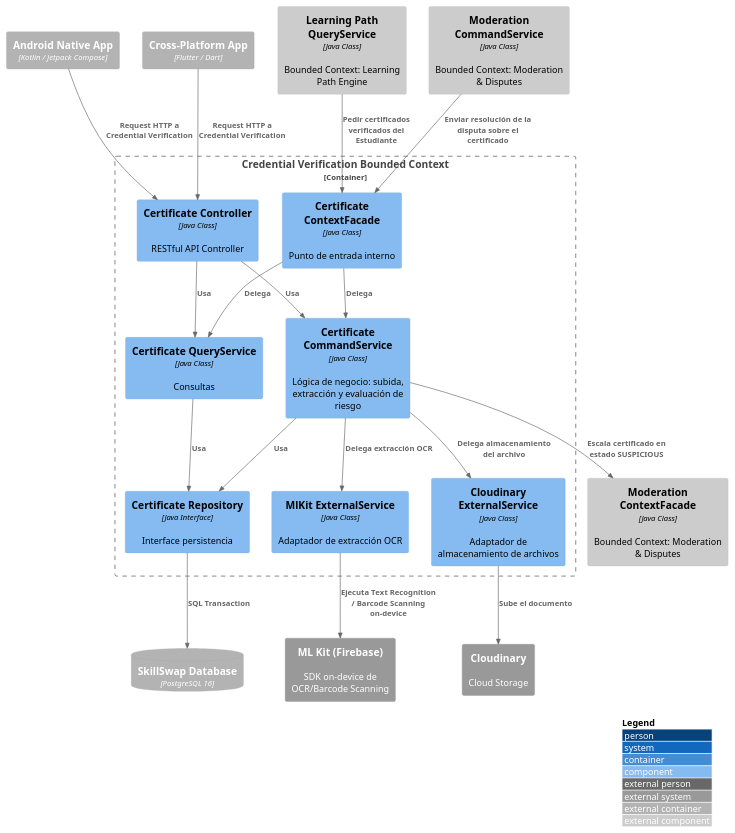
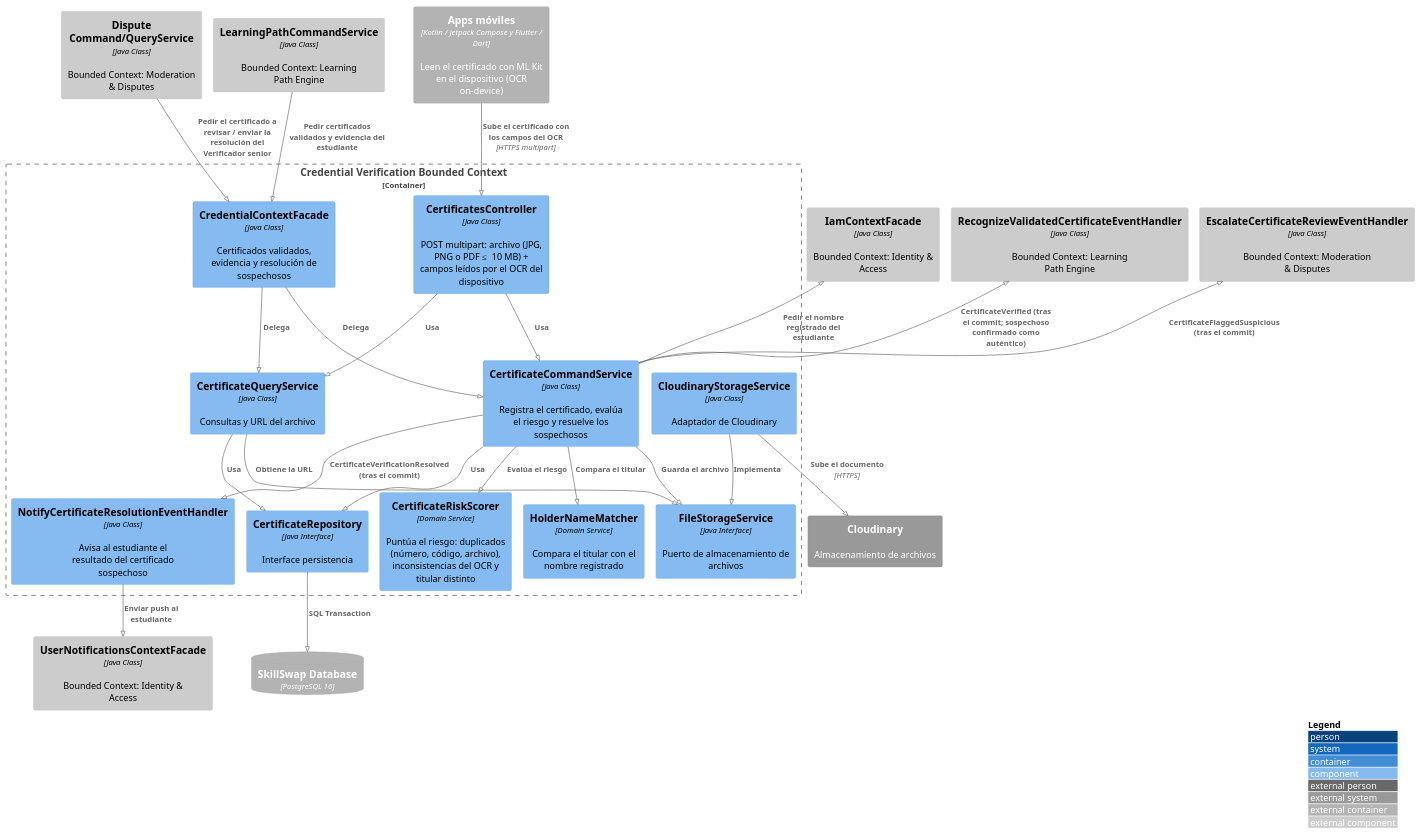
The diagram in DB&C4/Component_Diagram_Credential_Verification.puml (Aplicaciones-Dispositivos-Moviles/SkillSwap-ProjectReport), drawn with PlantUML before and after one commit. The commit also changed 25 other files, not shown here.

First line of the commit message:
docs(images): regenerate C4, context map and component diagrams

```diff
--- a/DB&C4/Component_Diagram_Credential_Verification.puml
+++ b/DB&C4/Component_Diagram_Credential_Verification.puml
@@ -1,48 +1,56 @@
 @startuml CredentialVerificationComponent
+!pragma layout smetana
 !include https://raw.githubusercontent.com/plantuml-stdlib/C4-PlantUML/master/C4_Component.puml
 
 LAYOUT_WITH_LEGEND()
 
-Container_Ext(androidApp, "Android Native App", "Kotlin / Jetpack Compose")
-Container_Ext(flutterApp, "Cross-Platform App", "Flutter / Dart")
+Container_Ext(mobileApps, "Apps móviles", "Kotlin / Jetpack Compose y Flutter / Dart", "Leen el certificado con ML Kit en el dispositivo (OCR on-device)")
 ContainerDb_Ext(mainDB, "SkillSwap Database", "PostgreSQL 16")
-System_Ext(mlKitService, "ML Kit (Firebase)", "SDK on-device de OCR/Barcode Scanning")
-System_Ext(cloudStorage, "Cloudinary", "Cloud Storage")
+System_Ext(cloudStorage, "Cloudinary", "Almacenamiento de archivos")
 
 Container_Boundary(credentialBC, "Credential Verification Bounded Context") {
-    Component(certificateController, "Certificate Controller", "Java Class", "RESTful API Controller")
-    Component(certificateCommandService, "Certificate CommandService", "Java Class", "Lógica de negocio: subida, extracción y evaluación de riesgo")
-    Component(certificateQueryService, "Certificate QueryService", "Java Class", "Consultas")
-    Component(certificateRepository, "Certificate Repository", "Java Interface", "Interface persistencia")
-    Component(mlKitExtractorExternal, "MlKit ExternalService", "Java Class", "Adaptador de extracción OCR")
-    Component(cloudinaryStorageExternal, "Cloudinary ExternalService", "Java Class", "Adaptador de almacenamiento de archivos")
-    Component(certificateContextFacade, "Certificate ContextFacade", "Java Class", "Punto de entrada interno")
+    Component(certificatesController, "CertificatesController", "Java Class", "POST multipart: archivo (JPG, PNG o PDF ≤ 10 MB) + campos leídos por el OCR del dispositivo")
+    Component(certificateCommandService, "CertificateCommandService", "Java Class", "Registra el certificado, evalúa el riesgo y resuelve los sospechosos")
+    Component(certificateQueryService, "CertificateQueryService", "Java Class", "Consultas y URL del archivo")
+    Component(riskScorer, "CertificateRiskScorer", "Domain Service", "Puntúa el riesgo: duplicados (número, código, archivo), inconsistencias del OCR y titular distinto")
+    Component(holderNameMatcher, "HolderNameMatcher", "Domain Service", "Compara el titular con el nombre registrado")
+    Component(fileStorage, "FileStorageService", "Java Interface", "Puerto de almacenamiento de archivos")
+    Component(cloudinaryAdapter, "CloudinaryStorageService", "Java Class", "Adaptador de Cloudinary")
+    Component(certificateRepository, "CertificateRepository", "Java Interface", "Interface persistencia")
+    Component(notifyHandler, "NotifyCertificateResolutionEventHandler", "Java Class", "Avisa al estudiante el resultado del certificado sospechoso")
+    Component(credentialFacade, "CredentialContextFacade", "Java Class", "Certificados validados, evidencia y resolución de sospechosos")
 }
 
-Component_Ext(moderationContextFacade, "Moderation ContextFacade", "Java Class", "Bounded Context: Moderation & Disputes")
-Component_Ext(pathEngineQueryService, "Learning Path QueryService", "Java Class", "Bounded Context: Learning Path Engine")
-Component_Ext(moderationCommandService, "Moderation CommandService", "Java Class", "Bounded Context: Moderation & Disputes")
+Component_Ext(iamFacade, "IamContextFacade", "Java Class", "Bounded Context: Identity & Access")
+Component_Ext(notificationsFacade, "UserNotificationsContextFacade", "Java Class", "Bounded Context: Identity & Access")
+Component_Ext(recognizeCertificateHandler, "RecognizeValidatedCertificateEventHandler", "Java Class", "Bounded Context: Learning Path Engine")
+Component_Ext(learningPathCommandService, "LearningPathCommandService", "Java Class", "Bounded Context: Learning Path Engine")
+Component_Ext(escalateHandler, "EscalateCertificateReviewEventHandler", "Java Class", "Bounded Context: Moderation & Disputes")
+Component_Ext(disputeServices, "Dispute Command/QueryService", "Java Class", "Bounded Context: Moderation & Disputes")
 
-Rel(androidApp, certificateController, "Request HTTP a Credential Verification")
-Rel(flutterApp, certificateController, "Request HTTP a Credential Verification")
-Rel(certificateController, certificateCommandService, "Usa")
-Rel(certificateController, certificateQueryService, "Usa")
+Rel(mobileApps, certificatesController, "Sube el certificado con los campos del OCR", "HTTPS multipart")
+Rel(certificatesController, certificateCommandService, "Usa")
+Rel(certificatesController, certificateQueryService, "Usa")
+
+Rel(certificateCommandService, riskScorer, "Evalúa el riesgo")
+Rel(certificateCommandService, holderNameMatcher, "Compara el titular")
+Rel_U(certificateCommandService, iamFacade, "Pedir el nombre registrado del estudiante")
+Rel(certificateCommandService, fileStorage, "Guarda el archivo")
+Rel(certificateQueryService, fileStorage, "Obtiene la URL")
+Rel(cloudinaryAdapter, fileStorage, "Implementa")
+Rel_D(cloudinaryAdapter, cloudStorage, "Sube el documento", "HTTPS")
 Rel(certificateCommandService, certificateRepository, "Usa")
 Rel(certificateQueryService, certificateRepository, "Usa")
 Rel(certificateRepository, mainDB, "SQL Transaction")
 
-Rel(certificateCommandService, mlKitExtractorExternal, "Delega extracción OCR")
-Rel(mlKitExtractorExternal, mlKitService, "Ejecuta Text Recognition / Barcode Scanning on-device")
+Rel_U(certificateCommandService, recognizeCertificateHandler, "CertificateVerified (tras el commit; sospechoso confirmado como auténtico)")
+Rel_U(certificateCommandService, escalateHandler, "CertificateFlaggedSuspicious (tras el commit)")
+Rel(certificateCommandService, notifyHandler, "CertificateVerificationResolved (tras el commit)")
+Rel(notifyHandler, notificationsFacade, "Enviar push al estudiante")
 
-Rel(certificateCommandService, cloudinaryStorageExternal, "Delega almacenamiento del archivo")
-Rel(cloudinaryStorageExternal, cloudStorage, "Sube el documento")
-
-Rel(certificateCommandService, moderationContextFacade, "Escala certificado en estado SUSPICIOUS")
-
-Rel(certificateContextFacade, certificateCommandService, "Delega")
-Rel(certificateContextFacade, certificateQueryService, "Delega")
-
-Rel(pathEngineQueryService, certificateContextFacade, "Pedir certificados verificados del Estudiante")
-Rel(moderationCommandService, certificateContextFacade, "Enviar resolución de la disputa sobre el certificado")
+Rel(credentialFacade, certificateCommandService, "Delega")
+Rel(credentialFacade, certificateQueryService, "Delega")
+Rel(learningPathCommandService, credentialFacade, "Pedir certificados validados y evidencia del estudiante")
+Rel(disputeServices, credentialFacade, "Pedir el certificado a revisar / enviar la resolución del Verificador senior")
 
 @enduml
```
